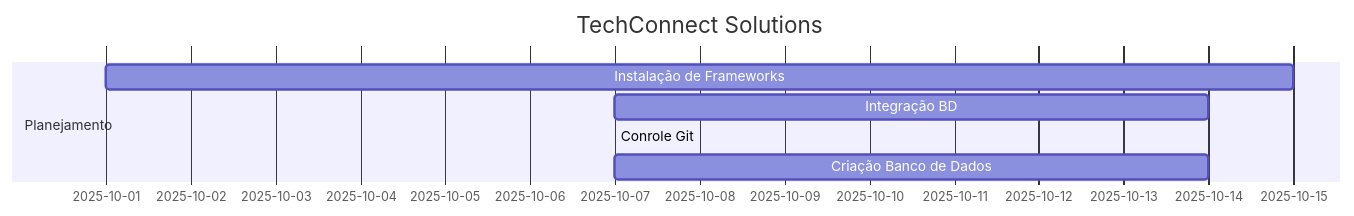
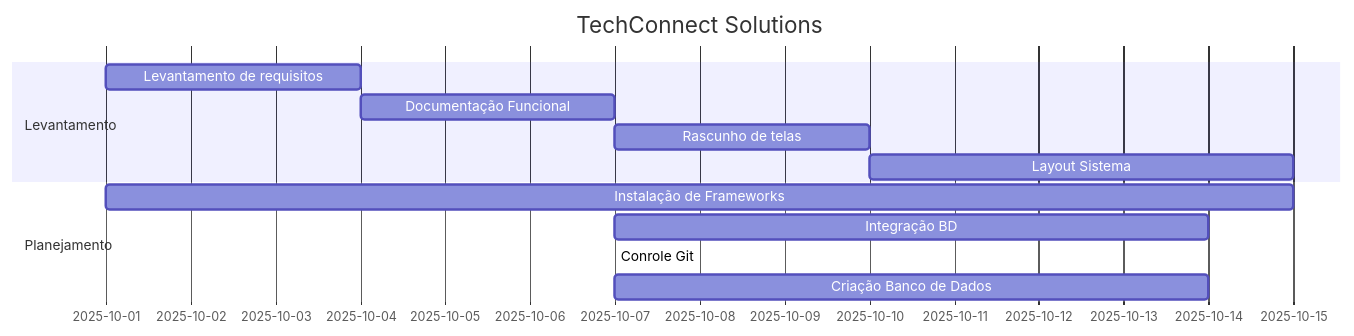
The first of 3 diagrams in README.md (AnandaMazine/Grafico-Gantt), drawn with Mermaid before and after one commit.

````diff
--- a/README.md
+++ b/README.md
@@ -1,10 +1,16 @@
 ```mermaid
 gantt
 title TechConnect Solutions
 dateFormat YYYY-MM-DD
+section Levantamento
+Levantamento de requisitos:lr, 2025-10-01, 3d
+Documentação Funcional:df, after lr, 3d
+Rascunho de telas:rt, after df, 3d
+Layout Sistema:ls, after rt, 5d
+
 section Planejamento
 Instalação de Frameworks:if, 2025-10-01, 14d
 Integração BD:ib, 2025-10-07, 7d
 Conrole Git: cg, 2025-10-07, 7s
 Criação Banco de Dados:db, 2025-10-07, 7d
 ```
````
